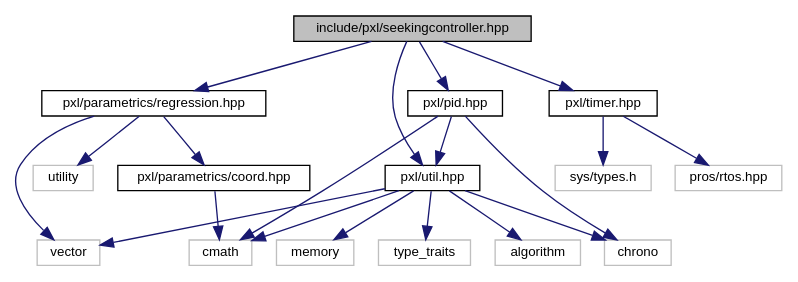
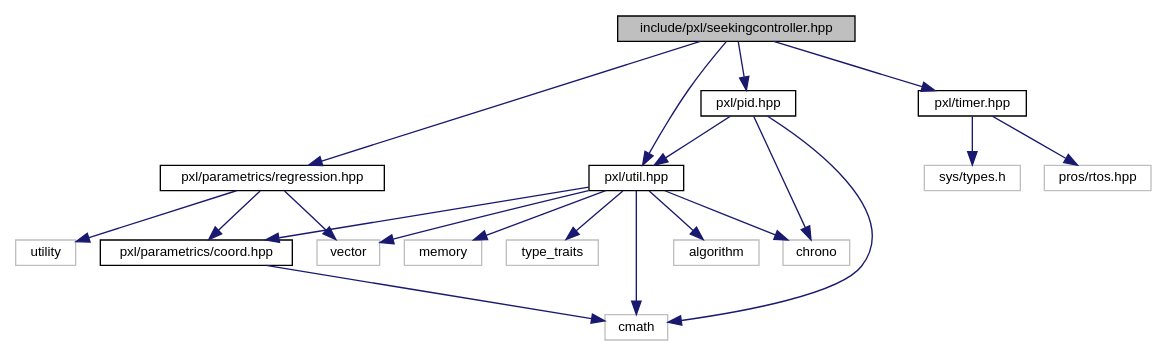
One commit to Pixel-Lib/Pixel changed the diagram in seekingcontroller_8hpp__incl.dot. Above: the diagram before and after it, drawn with Graphviz. The commit also changed 285 other files, not shown here.

```diff
--- a/seekingcontroller_8hpp__incl.dot
+++ b/seekingcontroller_8hpp__incl.dot
@@ -1,40 +1,41 @@
 digraph "include/pxl/seekingcontroller.hpp"
 {
  // LATEX_PDF_SIZE
   edge [fontname="Helvetica",fontsize="10",labelfontname="Helvetica",labelfontsize="10"];
   node [fontname="Helvetica",fontsize="10",shape=record];
   Node1 [label="include/pxl/seekingcontroller.hpp",height=0.2,width=0.4,color="black", fillcolor="grey75", style="filled", fontcolor="black",tooltip=" "];
   Node1 -> Node2 [color="midnightblue",fontsize="10",style="solid",fontname="Helvetica"];
   Node2 [label="pxl/parametrics/regression.hpp",height=0.2,width=0.4,color="black", fillcolor="white", style="filled",URL="$regression_8hpp.html",tooltip=" "];
   Node2 -> Node3 [color="midnightblue",fontsize="10",style="solid",fontname="Helvetica"];
   Node3 [label="utility",height=0.2,width=0.4,color="grey75", fillcolor="white", style="filled",tooltip=" "];
   Node2 -> Node4 [color="midnightblue",fontsize="10",style="solid",fontname="Helvetica"];
   Node4 [label="vector",height=0.2,width=0.4,color="grey75", fillcolor="white", style="filled",tooltip=" "];
   Node2 -> Node5 [color="midnightblue",fontsize="10",style="solid",fontname="Helvetica"];
   Node5 [label="pxl/parametrics/coord.hpp",height=0.2,width=0.4,color="black", fillcolor="white", style="filled",URL="$coord_8hpp.html",tooltip=" "];
   Node5 -> Node6 [color="midnightblue",fontsize="10",style="solid",fontname="Helvetica"];
   Node6 [label="cmath",height=0.2,width=0.4,color="grey75", fillcolor="white", style="filled",tooltip=" "];
   Node1 -> Node7 [color="midnightblue",fontsize="10",style="solid",fontname="Helvetica"];
   Node7 [label="pxl/pid.hpp",height=0.2,width=0.4,color="black", fillcolor="white", style="filled",URL="$pid_8hpp.html",tooltip=" "];
   Node7 -> Node8 [color="midnightblue",fontsize="10",style="solid",fontname="Helvetica"];
   Node8 [label="chrono",height=0.2,width=0.4,color="grey75", fillcolor="white", style="filled",tooltip=" "];
   Node7 -> Node6 [color="midnightblue",fontsize="10",style="solid",fontname="Helvetica"];
   Node7 -> Node9 [color="midnightblue",fontsize="10",style="solid",fontname="Helvetica"];
   Node9 [label="pxl/util.hpp",height=0.2,width=0.4,color="black", fillcolor="white", style="filled",URL="$util_8hpp.html",tooltip=" "];
   Node9 -> Node10 [color="midnightblue",fontsize="10",style="solid",fontname="Helvetica"];
   Node10 [label="algorithm",height=0.2,width=0.4,color="grey75", fillcolor="white", style="filled",tooltip=" "];
   Node9 -> Node8 [color="midnightblue",fontsize="10",style="solid",fontname="Helvetica"];
   Node9 -> Node6 [color="midnightblue",fontsize="10",style="solid",fontname="Helvetica"];
   Node9 -> Node11 [color="midnightblue",fontsize="10",style="solid",fontname="Helvetica"];
   Node11 [label="memory",height=0.2,width=0.4,color="grey75", fillcolor="white", style="filled",tooltip=" "];
   Node9 -> Node12 [color="midnightblue",fontsize="10",style="solid",fontname="Helvetica"];
   Node12 [label="type_traits",height=0.2,width=0.4,color="grey75", fillcolor="white", style="filled",tooltip=" "];
   Node9 -> Node4 [color="midnightblue",fontsize="10",style="solid",fontname="Helvetica"];
+  Node9 -> Node5 [color="midnightblue",fontsize="10",style="solid",fontname="Helvetica"];
   Node1 -> Node13 [color="midnightblue",fontsize="10",style="solid",fontname="Helvetica"];
   Node13 [label="pxl/timer.hpp",height=0.2,width=0.4,color="black", fillcolor="white", style="filled",URL="$timer_8hpp.html",tooltip=" "];
   Node13 -> Node14 [color="midnightblue",fontsize="10",style="solid",fontname="Helvetica"];
   Node14 [label="sys/types.h",height=0.2,width=0.4,color="grey75", fillcolor="white", style="filled",tooltip=" "];
   Node13 -> Node15 [color="midnightblue",fontsize="10",style="solid",fontname="Helvetica"];
   Node15 [label="pros/rtos.hpp",height=0.2,width=0.4,color="grey75", fillcolor="white", style="filled",tooltip=" "];
   Node1 -> Node9 [color="midnightblue",fontsize="10",style="solid",fontname="Helvetica"];
 }
```
